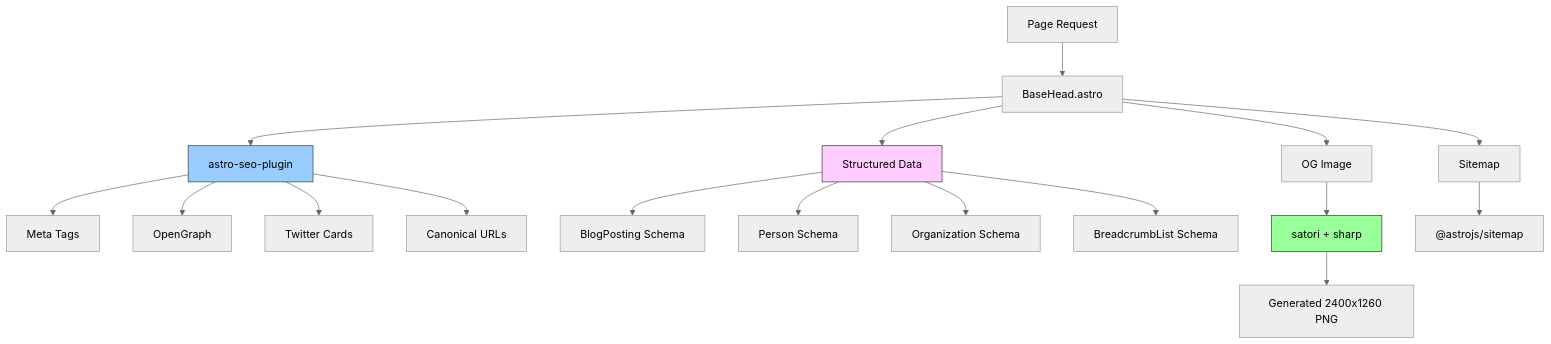
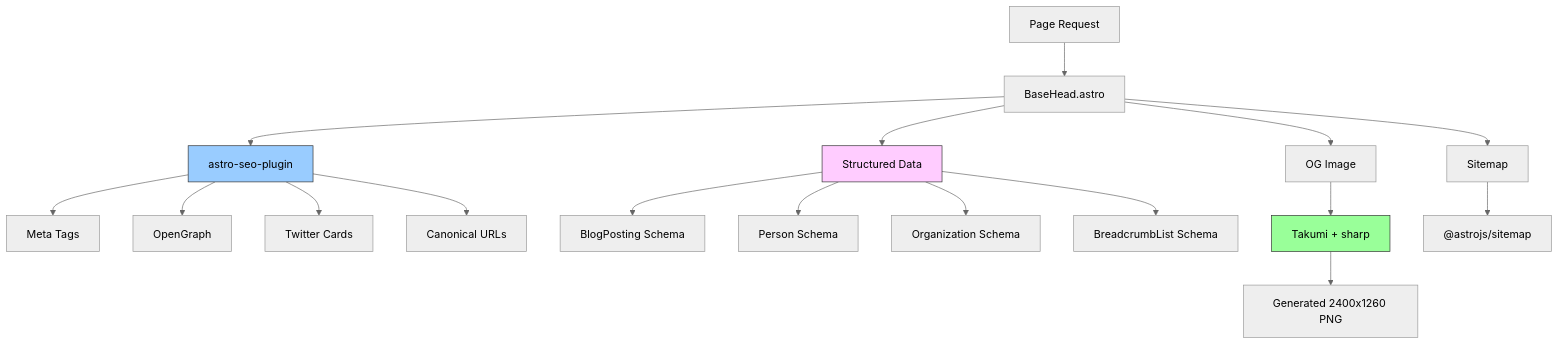
One commit to russmckendrick/blog changed the diagram in docs/architecture/seo-implementation.md. Above: the diagram before and after it, drawn with Mermaid (neutral theme). The commit also changed other lines of this file and 22 other files, not shown here.

````diff
--- a/docs/architecture/seo-implementation.md
+++ b/docs/architecture/seo-implementation.md
@@ -11,26 +11,26 @@
 ```mermaid
 graph TD
     A[Page Request] --> B[BaseHead.astro]
     B --> C[astro-seo-plugin]
     C --> D[Meta Tags]
     C --> E[OpenGraph]
     C --> F[Twitter Cards]
     C --> G[Canonical URLs]
 
     B --> H[Structured Data]
     H --> I[BlogPosting Schema]
     H --> J[Person Schema]
     H --> K[Organization Schema]
     H --> L[BreadcrumbList Schema]
 
     B --> M[OG Image]
-    M --> N[satori + sharp]
+    M --> N[Takumi + sharp]
     N --> O["Generated 2400x1260 PNG"]
 
     B --> P[Sitemap]
     P --> Q["@astrojs/sitemap"]
 
     style C fill:#9cf,stroke:#333
     style H fill:#fcf,stroke:#333
     style N fill:#9f9,stroke:#333
 ```
````
